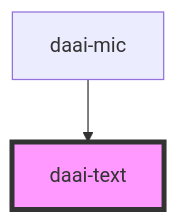
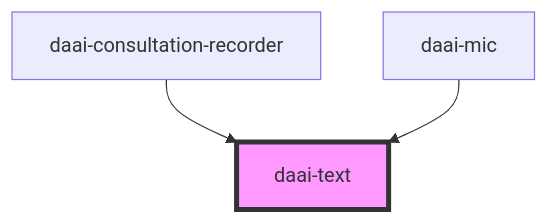
The diagram in src/components/atoms/text/readme.md (doctor-assistant/web-components), drawn with Mermaid before and after one commit. The commit also changed other lines of this file and 11 other files, not shown here.

````diff
--- a/src/components/atoms/text/readme.md
+++ b/src/components/atoms/text/readme.md
@@ -23,5 +24,6 @@
 ```mermaid
 graph TD;
+  daai-consultation-recorder --> daai-text
   daai-mic --> daai-text
   style daai-text fill:#f9f,stroke:#333,stroke-width:4px
 ```
````
